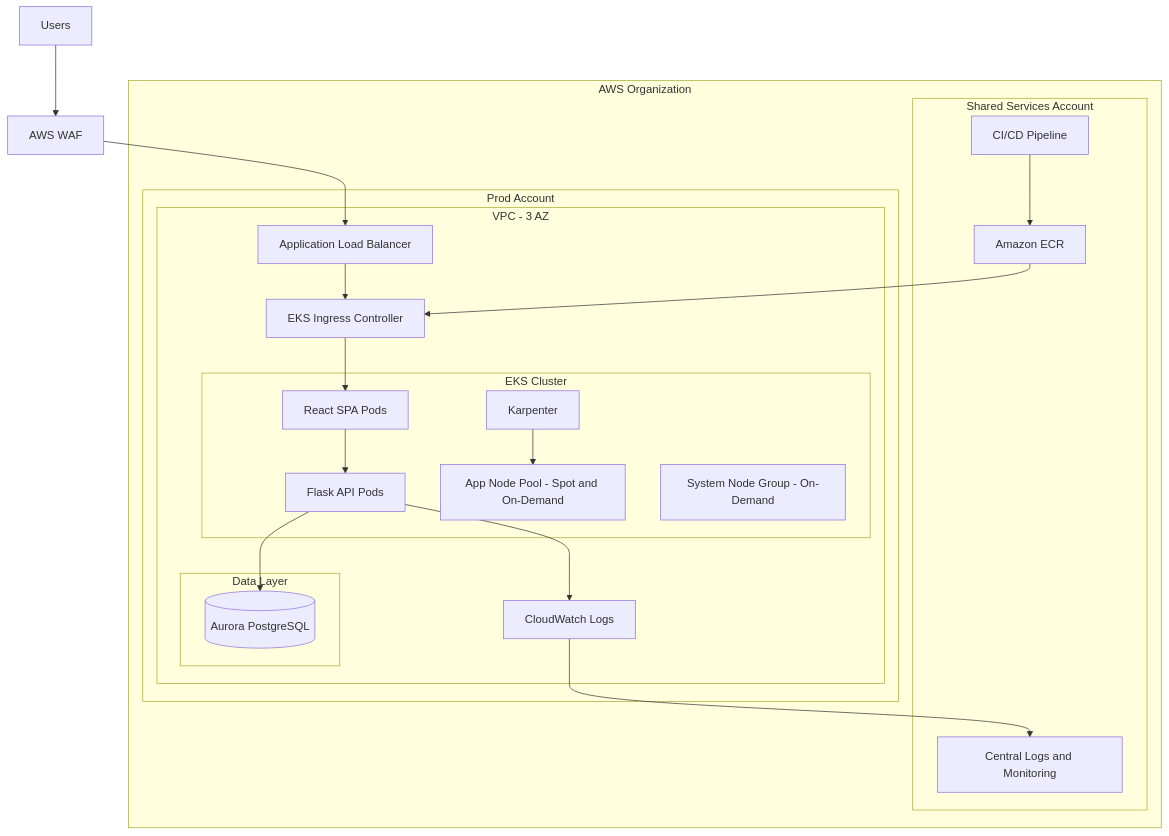
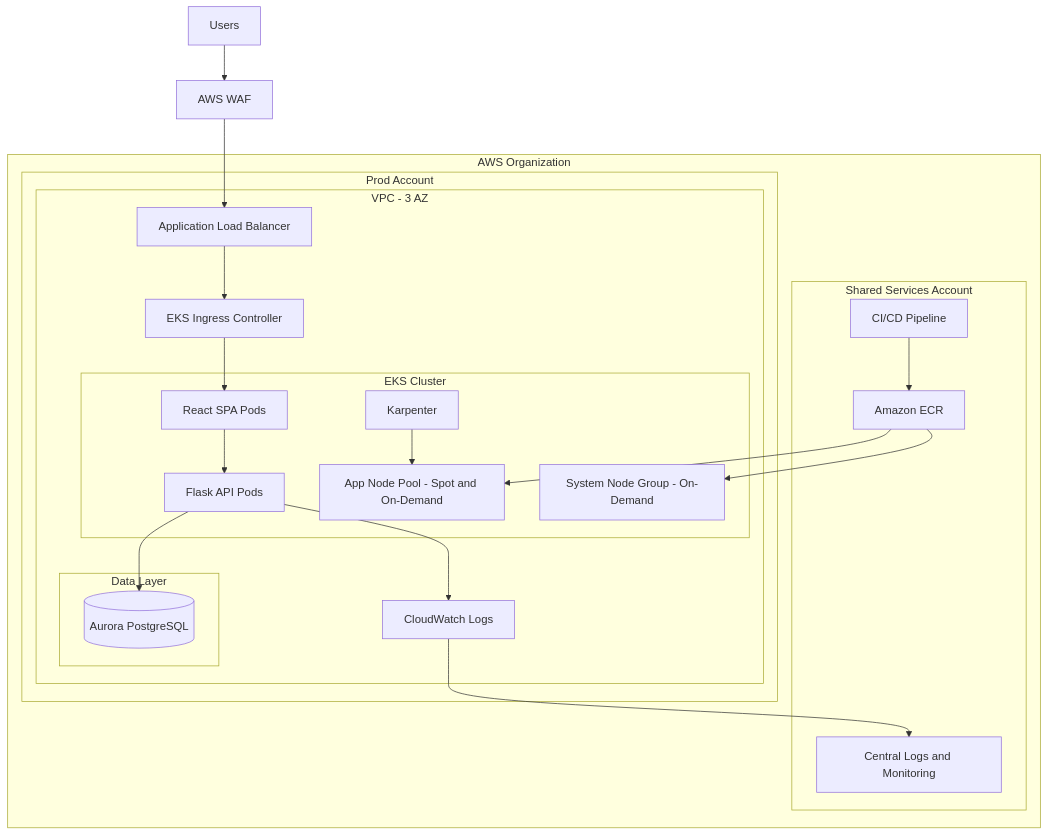
Before and after one commit to gezim-tech/opsfleet: the diagram in architecture/diagrams/high-level-architecture.mmd, drawn with Mermaid. The commit also changed other lines of this file and 1 other file, not shown here.

Commit message:
fix: adjust ECR arrow

```diff
--- a/architecture/diagrams/high-level-architecture.mmd
+++ b/architecture/diagrams/high-level-architecture.mmd
@@ -1,39 +1,40 @@
 flowchart TB
   U[Users] --> WAF[AWS WAF]
   WAF --> ALB[Application Load Balancer]
 
   subgraph ORG[AWS Organization]
     subgraph SHARED[Shared Services Account]
       CI[CI/CD Pipeline] --> ECR[Amazon ECR]
       LOGS[Central Logs and Monitoring]
     end
 
     subgraph PROD[Prod Account]
       subgraph VPC[VPC - 3 AZ]
         ALB --> ING[EKS Ingress Controller]
 
         subgraph EKS[EKS Cluster]
           FE[React SPA Pods]
           API[Flask API Pods]
           KARP[Karpenter]
           APPN[App Node Pool - Spot and On-Demand]
           SYS[System Node Group - On-Demand]
         end
 
         subgraph DATA[Data Layer]
           DB[(Aurora PostgreSQL)]
         end
 
         CWL[CloudWatch Logs]
 
         ING --> FE
         FE --> API
         API --> DB
         API --> CWL
         KARP --> APPN
       end
     end
 
-    ECR --> ING
+    ECR --> APPN
+    ECR --> SYS
     CWL --> LOGS
   end
```
